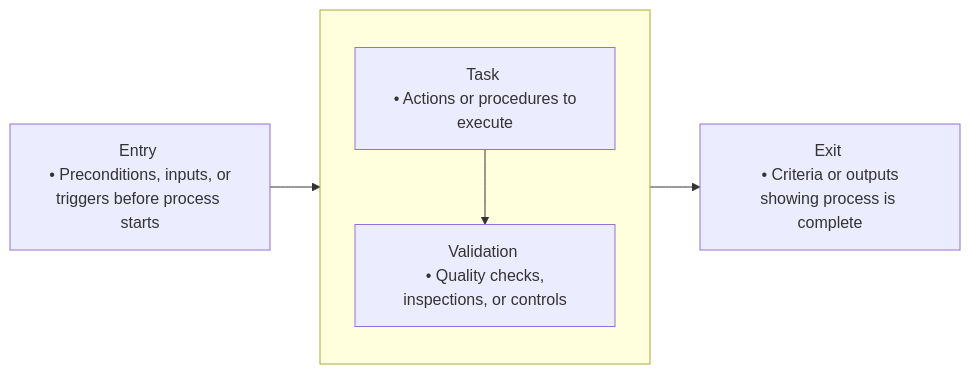
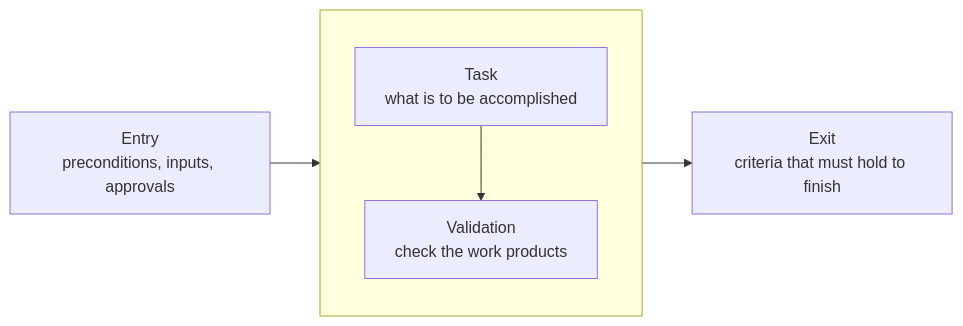
The diagram in content/proc/basics/etvx.md (msdbok/msdbok.github.io), drawn with Mermaid before and after one commit. The commit also changed other lines of this file and 30 other files, not shown here.

````diff
--- a/content/proc/basics/etvx.md
+++ b/content/proc/basics/etvx.md
@@ -30,14 +25,9 @@
 ```mermaid
 flowchart LR
-    A[Entry <br> • Preconditions, inputs, or triggers before process starts] --> G[Task + Validation]
-
+    A[Entry<br/>preconditions, inputs, approvals] --> G[ ]
     subgraph G[ ]
         direction TB
-        B[Task <br> • Actions or procedures to execute]
-        C[Validation <br> • Quality checks, inspections, or controls]
-        B --> C
+        B[Task<br/>what is to be accomplished] --> C[Validation<br/>check the work products]
     end
-
-    G --> D[Exit <br> • Criteria or outputs showing process is complete]
-
+    G --> D[Exit<br/>criteria that must hold to finish]
 ```
````
